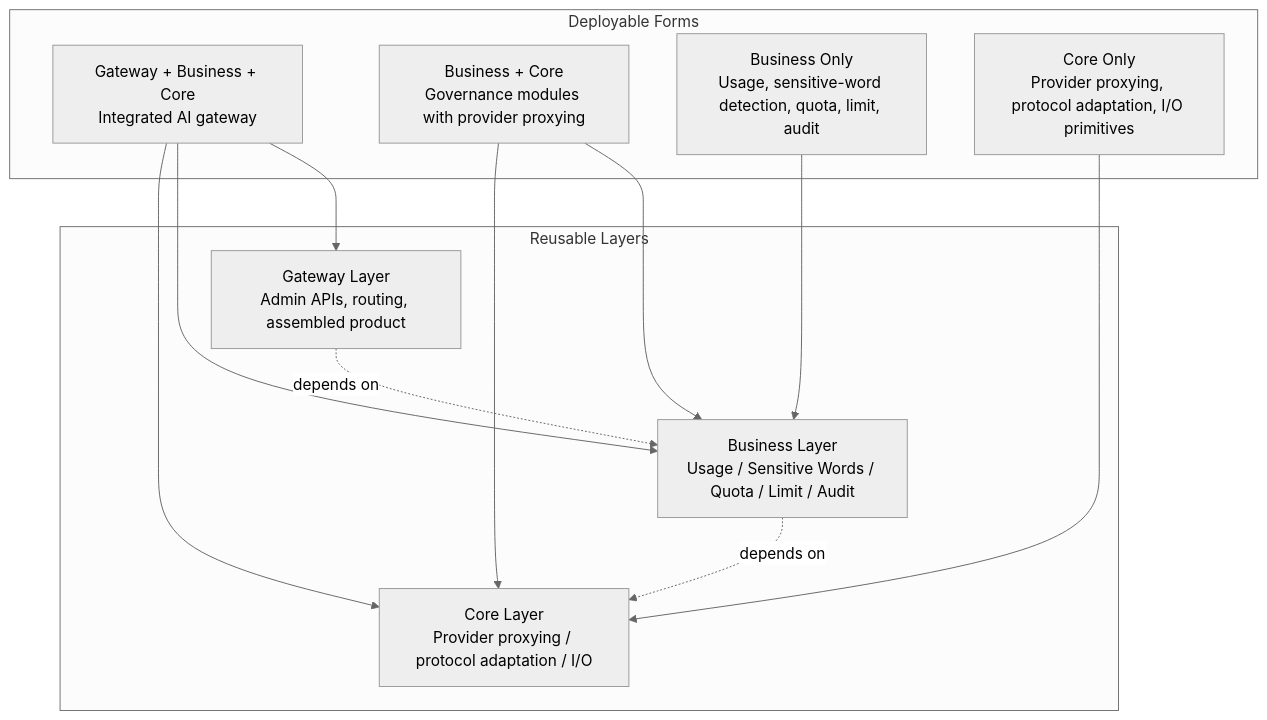
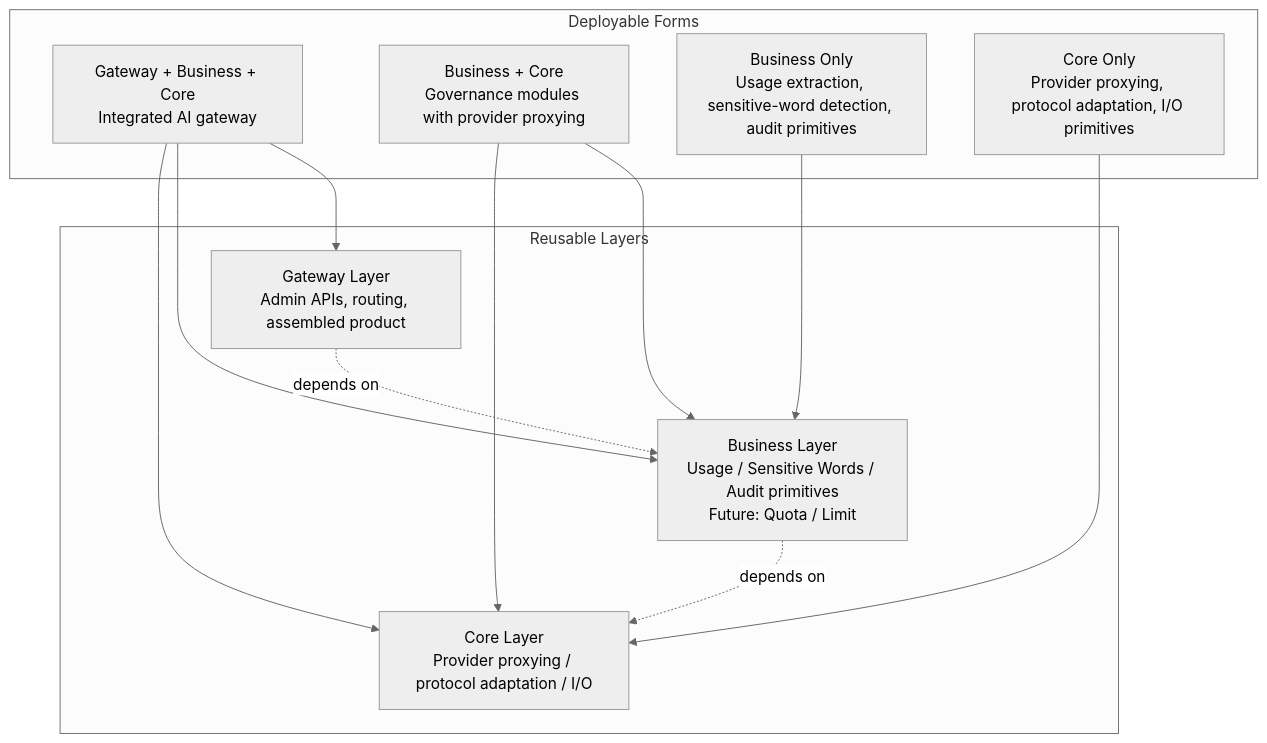
One commit to HyperToken-dev/Fabric changed the diagram in README.md. Above: the diagram before and after it, drawn with Mermaid (neutral theme). The commit also changed other lines of this file and 2 other files, not shown here.

````diff
--- a/README.md
+++ b/README.md
@@ -58,28 +58,28 @@
 ```mermaid
 flowchart TB
     subgraph Deployments["Deployable Forms"]
         GBC["Gateway + Business + Core<br/>Integrated AI gateway"]
         BC["Business + Core<br/>Governance modules with provider proxying"]
-        B["Business Only<br/>Usage, sensitive-word detection, quota, limit, audit"]
+        B["Business Only<br/>Usage extraction, sensitive-word detection, audit primitives"]
         C["Core Only<br/>Provider proxying, protocol adaptation, I/O primitives"]
     end
 
     subgraph Layers["Reusable Layers"]
         Gateway["Gateway Layer<br/>Admin APIs, routing, assembled product"]
-        Business["Business Layer<br/>Usage / Sensitive Words / Quota / Limit / Audit"]
+        Business["Business Layer<br/>Usage / Sensitive Words / Audit primitives<br/>Future: Quota / Limit"]
         Core["Core Layer<br/>Provider proxying / protocol adaptation / I/O"]
     end
 
     GBC --> Gateway
     GBC --> Business
     GBC --> Core
 
     BC --> Business
     BC --> Core
 
     B --> Business
     C --> Core
 
     Gateway -. depends on .-> Business
     Business -. depends on .-> Core
 ```
````
